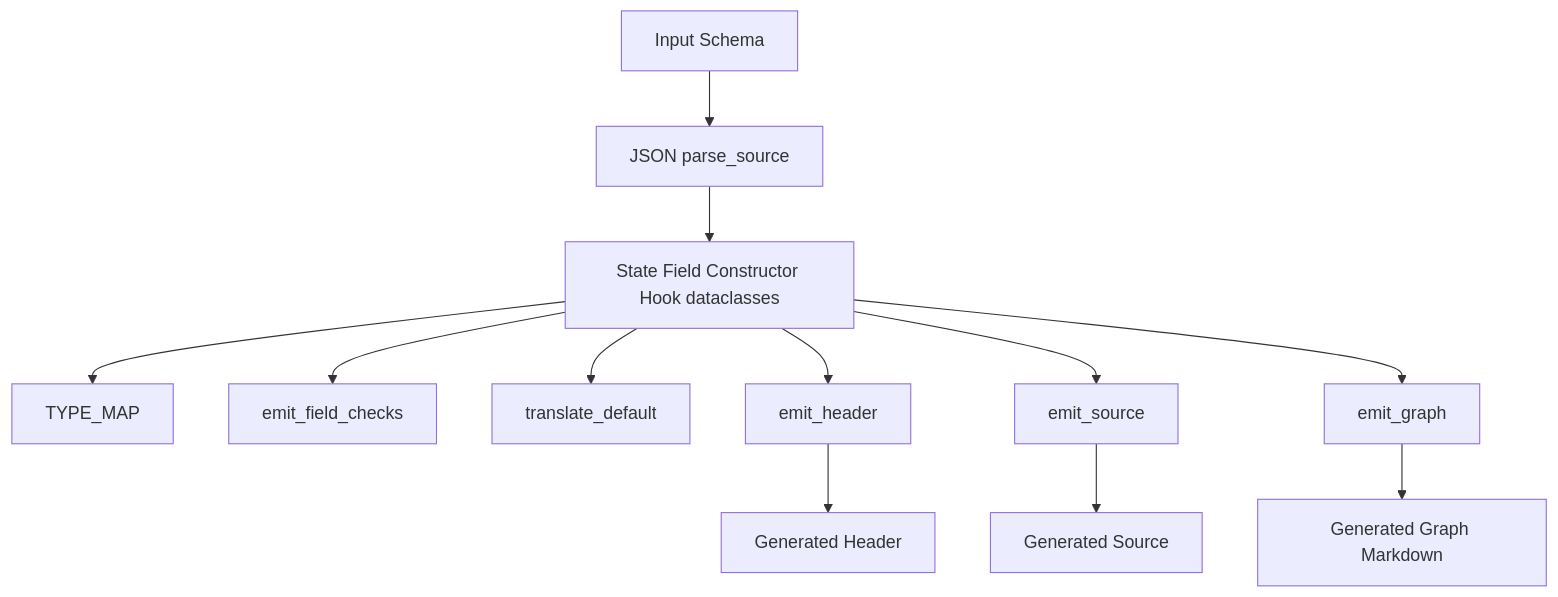
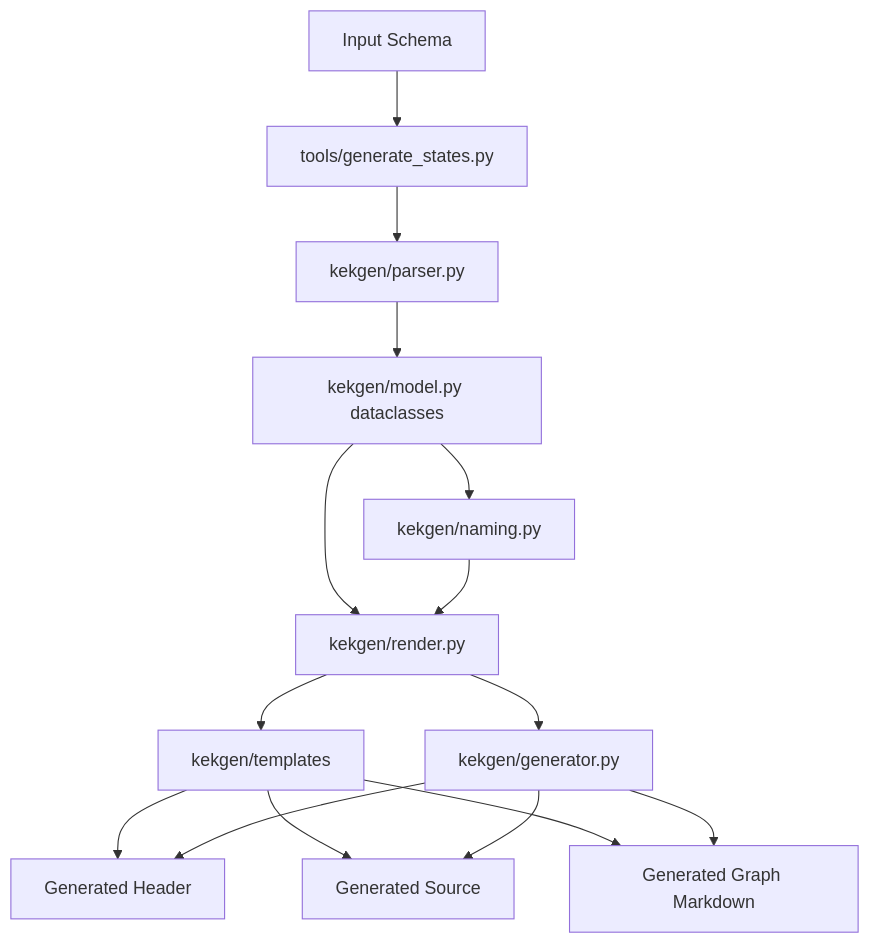
The first of 2 diagrams in doc/generator/architecture.md (knstt/kek), drawn with Mermaid before and after one commit. The commit also changed other lines of this file and 15 other files, not shown here.

````diff
--- a/doc/generator/architecture.md
+++ b/doc/generator/architecture.md
@@ -13,27 +13,29 @@
 ```mermaid
 flowchart TB
     Input[Input Schema]
-    Parser[JSON parse_source]
-    StateModel[State Field Constructor Hook dataclasses]
-    TypeMap[TYPE_MAP]
-    ConstraintEmitter[emit_field_checks]
-    DefaultTranslator[translate_default]
-    HeaderEmitter[emit_header]
-    SourceEmitter[emit_source]
-    GraphEmitter[emit_graph]
+    CLI[tools/generate_states.py]
+    Parser[kekgen/parser.py]
+    StateModel[kekgen/model.py dataclasses]
+    Naming[kekgen/naming.py]
+    Renderer[kekgen/render.py]
+    Templates[kekgen/templates]
+    Writer[kekgen/generator.py]
     Header[Generated Header]
     Source[Generated Source]
     Graph[Generated Graph Markdown]
 
-    Input --> Parser
+    Input --> CLI
+    CLI --> Parser
     Parser --> StateModel
-    StateModel --> TypeMap
-    StateModel --> ConstraintEmitter
-    StateModel --> DefaultTranslator
-    StateModel --> HeaderEmitter
-    StateModel --> SourceEmitter
-    StateModel --> GraphEmitter
-    HeaderEmitter --> Header
-    SourceEmitter --> Source
-    GraphEmitter --> Graph
+    StateModel --> Naming
+    StateModel --> Renderer
+    Naming --> Renderer
+    Renderer --> Templates
+    Templates --> Header
+    Templates --> Source
+    Templates --> Graph
+    Renderer --> Writer
+    Writer --> Header
+    Writer --> Source
+    Writer --> Graph
 ```
````
